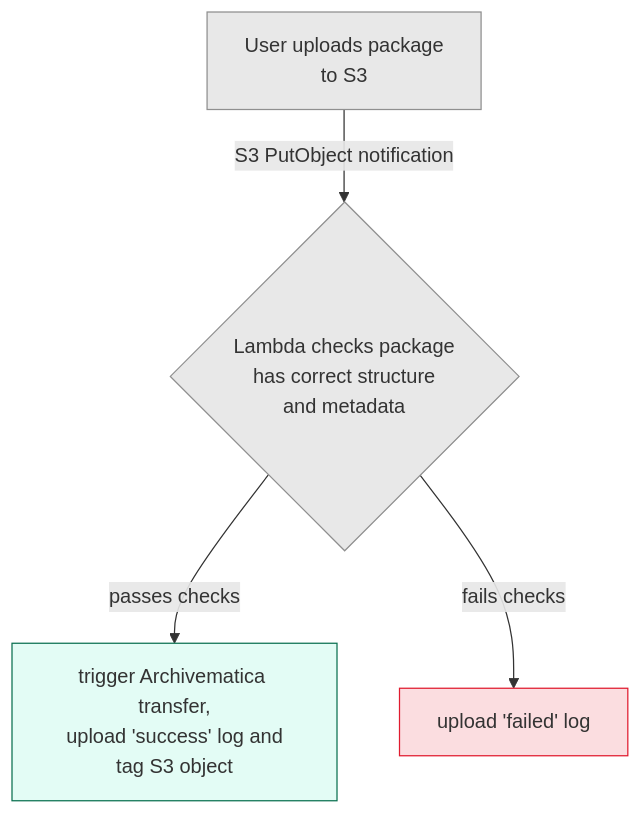
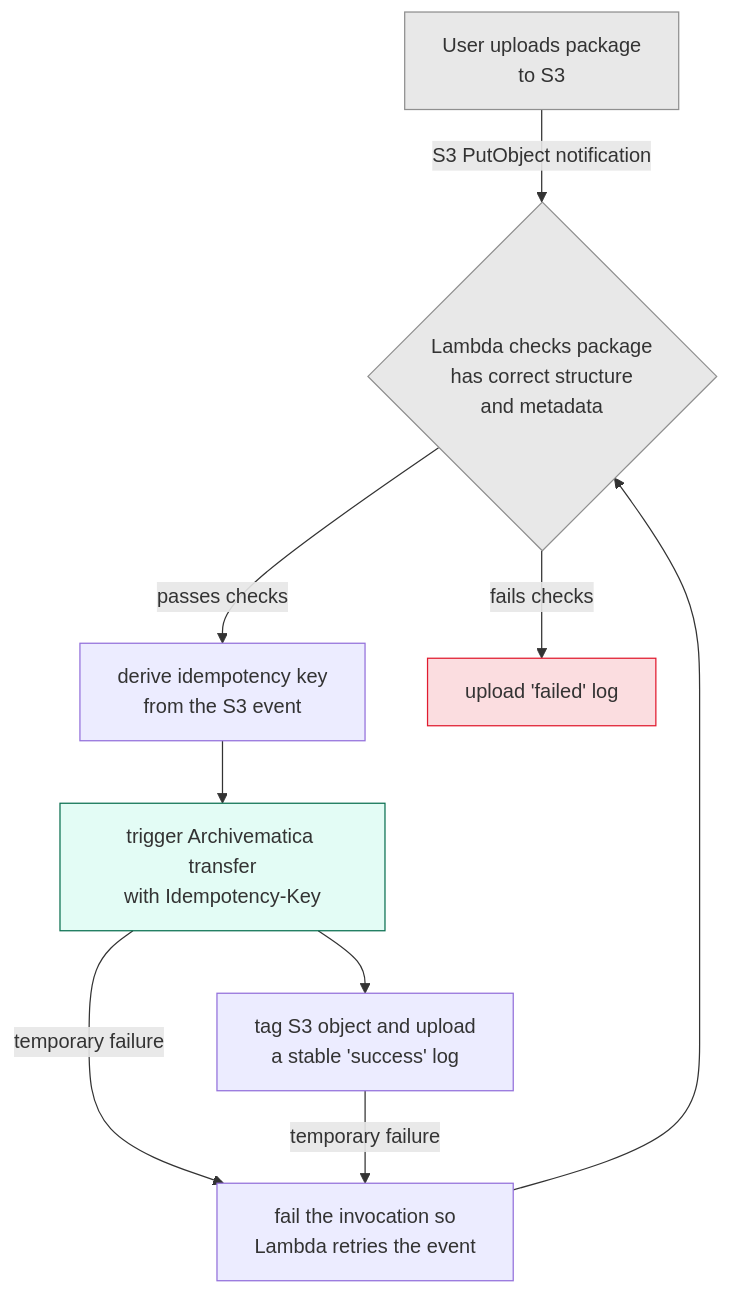
One commit to wellcomecollection/archivematica-infrastructure changed the diagram in lambdas/s3_start_transfer/README.md. Above: the diagram before and after it, drawn with Mermaid. The commit also changed other lines of this file and 6 other files, not shown here.

First line of the commit message:
Use Archivematica idempotency keys

````diff
--- a/lambdas/s3_start_transfer/README.md
+++ b/lambdas/s3_start_transfer/README.md
@@ -14,15 +14,20 @@
 ```mermaid
 graph TD
     A[User uploads package<br/>to S3] -->|S3 PutObject notification| L{Lambda checks package<br/>has correct structure<br/>and metadata}
-    L -->|passes checks| S[trigger Archivematica transfer,<br/>upload 'success' log and<br/>tag S3 object]
+    L -->|passes checks| K[derive idempotency key<br/>from the S3 event]
+    K --> S[trigger Archivematica transfer<br/>with Idempotency-Key]
+    S --> C[tag S3 object and upload<br/>a stable 'success' log]
+    S -->|temporary failure| R[fail the invocation so<br/>Lambda retries the event]
+    C -->|temporary failure| R
+    R --> L
     L -->|fails checks| F[upload 'failed' log]
 
     classDef failedNode fill:#e01b2f,stroke:#e01b2f,fill-opacity:0.15
     class F failedNode
 
     classDef successNode fill:#b0f7e2,stroke:#0b7051,fill-opacity:0.35
     class S successNode
 
     classDef genericNode fill:#e8e8e8,stroke:#8f8f8f
     class A,L genericNode
 ```
````
